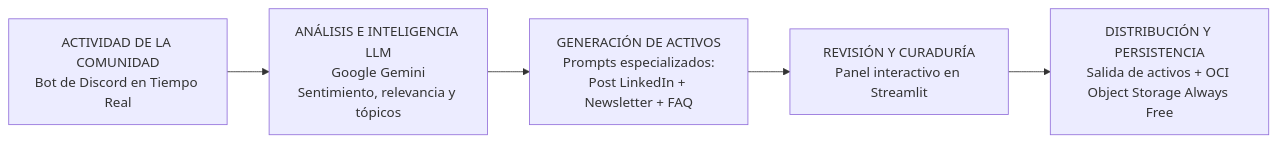
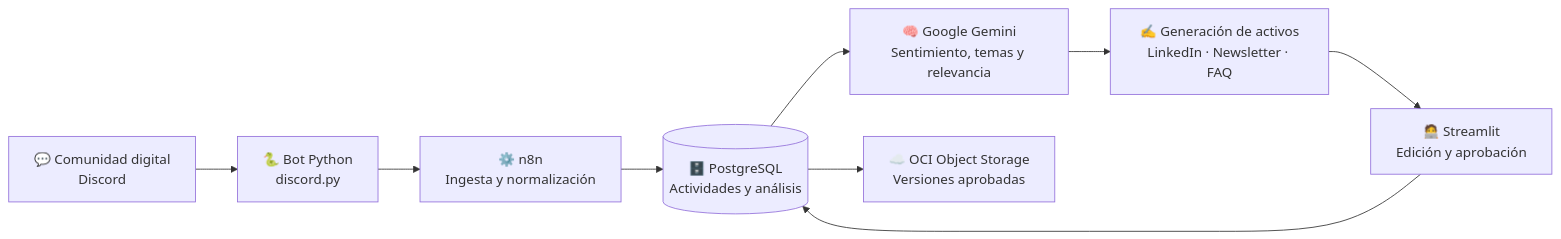
Before and after one commit to No-Country-simulation/G10-LATAM-EQUIPO43-CommunityLab: the diagram in README.md, drawn with Mermaid. The commit also changed other lines of this file, not shown here.

````diff
--- a/README.md
+++ b/README.md
@@ -34,8 +53,11 @@
 ```mermaid
 flowchart LR
-    A[ACTIVIDAD DE LA COMUNIDAD<br/>Bot de Discord en Tiempo Real] 
-    A --> B[ANÁLISIS E INTELIGENCIA LLM<br/>Google Gemini<br/>Sentimiento, relevancia y tópicos]
-    B --> C[GENERACIÓN DE ACTIVOS<br/>Prompts especializados:<br/>Post LinkedIn + Newsletter + FAQ]
-    C --> D[REVISIÓN Y CURADURÍA<br/>Panel interactivo en Streamlit]
-    D --> E[DISTRIBUCIÓN Y PERSISTENCIA<br/>Salida de activos + OCI Object Storage Always Free]
+    A["💬 Comunidad digital<br/>Discord"] --> B["🐍 Bot Python<br/>discord.py"]
+    B --> C["⚙️ n8n<br/>Ingesta y normalización"]
+    C --> D[("🗄️ PostgreSQL<br/>Actividades y análisis")]
+    D --> E["🧠 Google Gemini<br/>Sentimiento, temas y relevancia"]
+    E --> F["✍️ Generación de activos<br/>LinkedIn · Newsletter · FAQ"]
+    F --> G["🧑‍💻 Streamlit<br/>Edición y aprobación"]
+    G --> D
+    D --> H["☁️ OCI Object Storage<br/>Versiones aprobadas"]
 ```
````
